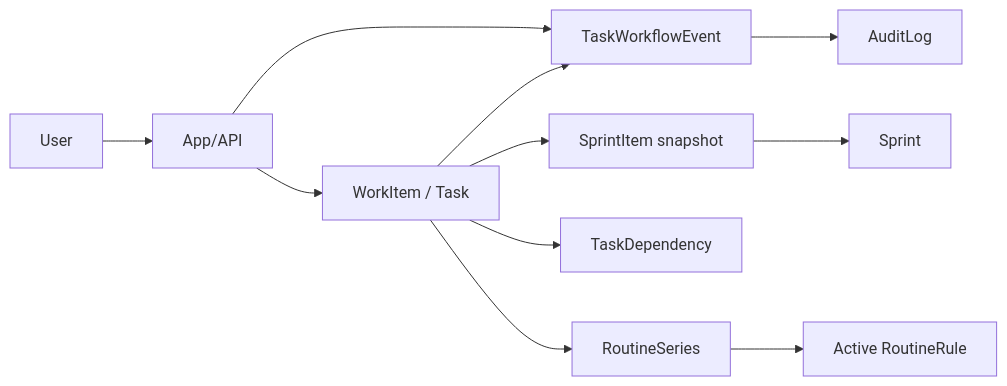
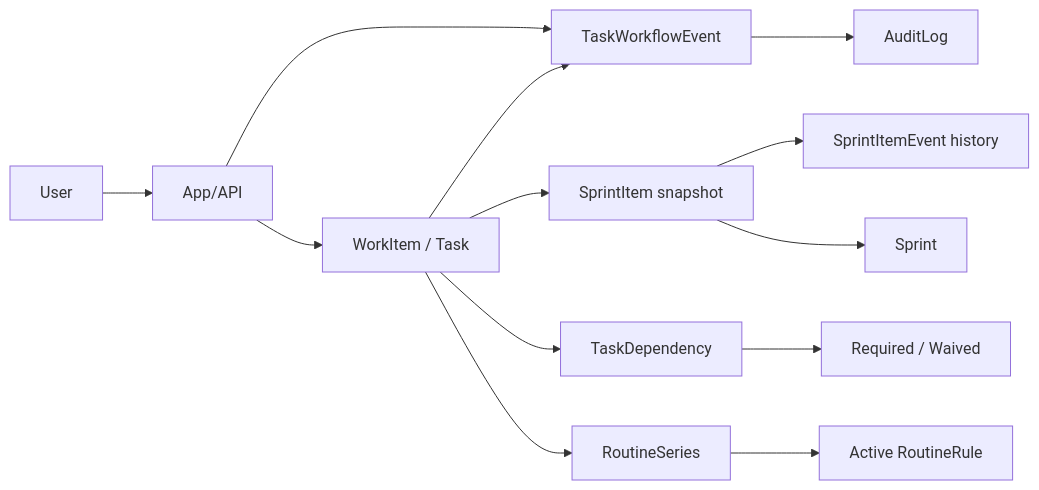
The fourth of 7 diagrams in doc/architecture.md (Hosi121/holoplax), drawn with Mermaid before and after one commit. The commit also changed other lines of this file and 2 other files, not shown here.

Commit message:
docs(architecture): record consistency guarantees

````diff
--- a/doc/architecture.md
+++ b/doc/architecture.md
@@ -39,13 +39,15 @@
 ```mermaid
 flowchart LR
   User[User] --> App[App/API]
   App --> Task[WorkItem / Task]
   App --> Workflow[TaskWorkflowEvent]
   Task --> Workflow
   Task --> Item[SprintItem snapshot]
+  Item --> ItemEvent[SprintItemEvent history]
   Item --> Sprint[Sprint]
   Workflow --> Audit[AuditLog]
   Task --> Dep[TaskDependency]
+  Dep --> Waiver[Required / Waived]
   Task --> Series[RoutineSeries]
   Series --> Rule[Active RoutineRule]
 ```
````
